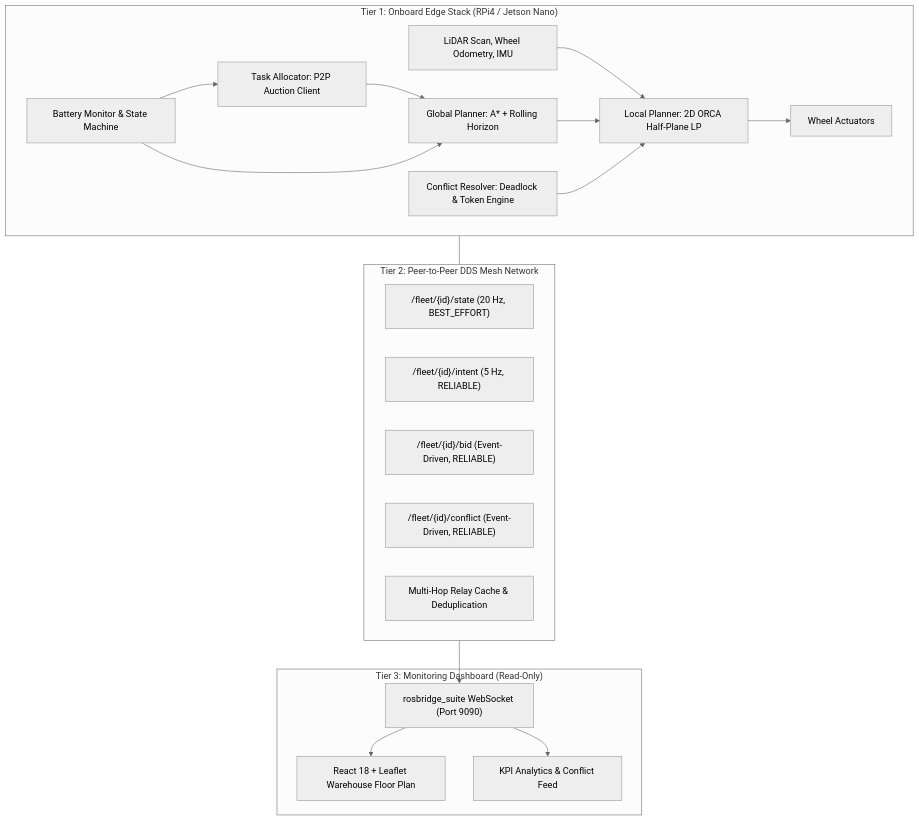
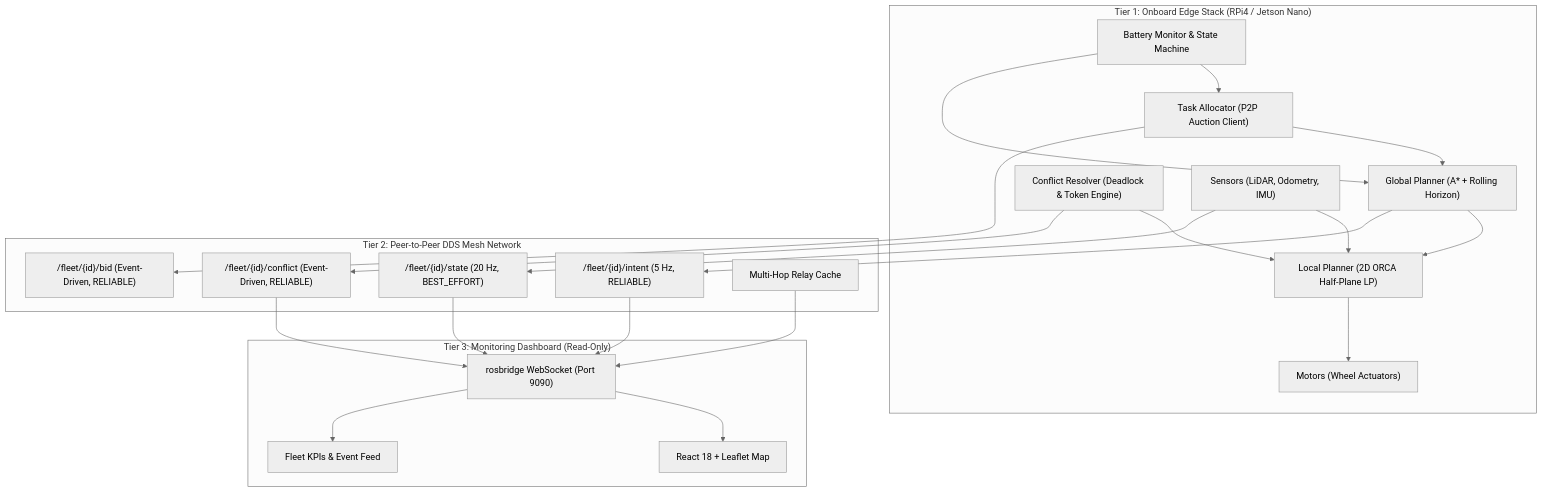
The first of 2 diagrams in README.md (Hrishabh7664/decentralized-amr-fleet), drawn with Mermaid (neutral theme) before and after one commit. The commit also changed other lines of this file and 1 other file, not shown here.

Commit message:
fix(readme): fix Mermaid node connections and replace broken math with clean code blocks

````diff
--- a/README.md
+++ b/README.md
@@ -74,39 +74,47 @@
 ```mermaid
 flowchart TD
     subgraph tier1 ["Tier 1: Onboard Edge Stack (RPi4 / Jetson Nano)"]
-        GP["Global Planner: A* + Rolling Horizon"]
-        LP["Local Planner: 2D ORCA Half-Plane LP"]
-        CR["Conflict Resolver: Deadlock & Token Engine"]
-        TA["Task Allocator: P2P Auction Client"]
+        GP["Global Planner (A* + Rolling Horizon)"]
+        LP["Local Planner (2D ORCA Half-Plane LP)"]
+        CR["Conflict Resolver (Deadlock & Token Engine)"]
+        TA["Task Allocator (P2P Auction Client)"]
         BM["Battery Monitor & State Machine"]
-        Sensors["LiDAR Scan, Wheel Odometry, IMU"]
-        Motors["Wheel Actuators"]
+        Sensors["Sensors (LiDAR, Odometry, IMU)"]
+        Motors["Motors (Wheel Actuators)"]
     end
 
     subgraph tier2 ["Tier 2: Peer-to-Peer DDS Mesh Network"]
         StateTopic["/fleet/{id}/state (20 Hz, BEST_EFFORT)"]
         IntentTopic["/fleet/{id}/intent (5 Hz, RELIABLE)"]
         BidTopic["/fleet/{id}/bid (Event-Driven, RELIABLE)"]
         ConflictTopic["/fleet/{id}/conflict (Event-Driven, RELIABLE)"]
-        RelayEngine["Multi-Hop Relay Cache & Deduplication"]
+        RelayEngine["Multi-Hop Relay Cache"]
     end
 
     subgraph tier3 ["Tier 3: Monitoring Dashboard (Read-Only)"]
-        Bridge["rosbridge_suite WebSocket (Port 9090)"]
-        ReactUI["React 18 + Leaflet Warehouse Floor Plan"]
-        KPI["KPI Analytics & Conflict Feed"]
+        Bridge["rosbridge WebSocket (Port 9090)"]
+        ReactUI["React 18 + Leaflet Map"]
+        KPI["Fleet KPIs & Event Feed"]
     end
 
     Sensors --> LP
     GP --> LP
     LP --> Motors
     CR --> LP
     TA --> GP
     BM --> TA
     BM --> GP
 
-    tier1 --- tier2
-    tier2 --> Bridge
+    Sensors --> StateTopic
+    GP --> IntentTopic
+    TA --> BidTopic
+    CR --> ConflictTopic
+
+    StateTopic --> Bridge
+    IntentTopic --> Bridge
+    ConflictTopic --> Bridge
+    RelayEngine --> Bridge
+
     Bridge --> ReactUI
     Bridge --> KPI
 ```
````
